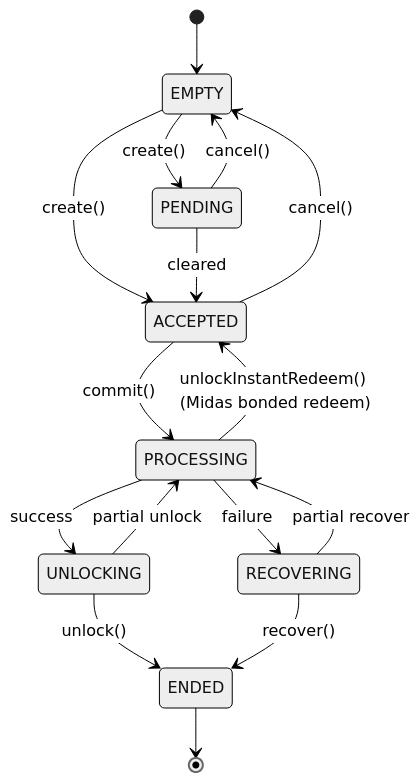
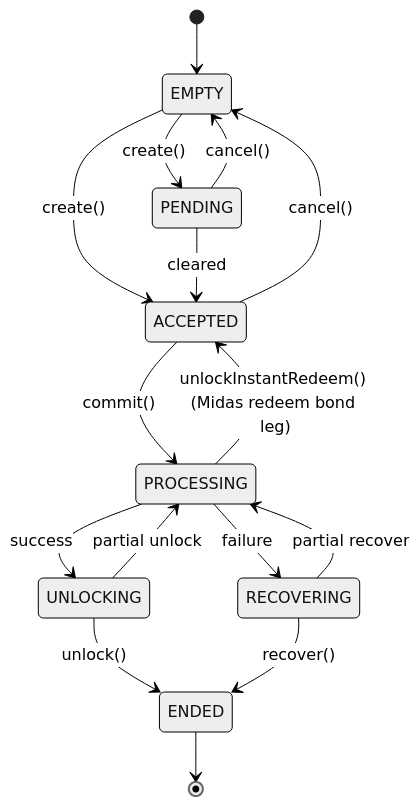
One commit to 3FLabs/grunt changed the sixth of 11 diagrams in README.md. Above: the diagram before and after it, drawn with Mermaid (neutral theme). The commit also changed other lines of this file and 10 other files, not shown here.

````diff
--- a/README.md
+++ b/README.md
@@ -506,18 +506,18 @@
 ```mermaid
 stateDiagram-v2
     [*] --> EMPTY
     EMPTY --> ACCEPTED: create()
     EMPTY --> PENDING: create()
     PENDING --> ACCEPTED: cleared
     ACCEPTED --> EMPTY: cancel()
     PENDING --> EMPTY: cancel()
     ACCEPTED --> PROCESSING: commit()
-    PROCESSING --> ACCEPTED: unlockInstantRedeem() (Midas bonded redeem)
+    PROCESSING --> ACCEPTED: unlockInstantRedeem() (Midas redeem bond leg)
     PROCESSING --> UNLOCKING: success
     PROCESSING --> RECOVERING: failure
     UNLOCKING --> PROCESSING: partial unlock
     RECOVERING --> PROCESSING: partial recover
     UNLOCKING --> ENDED: unlock()
     RECOVERING --> ENDED: recover()
     ENDED --> [*]
 ```
````
